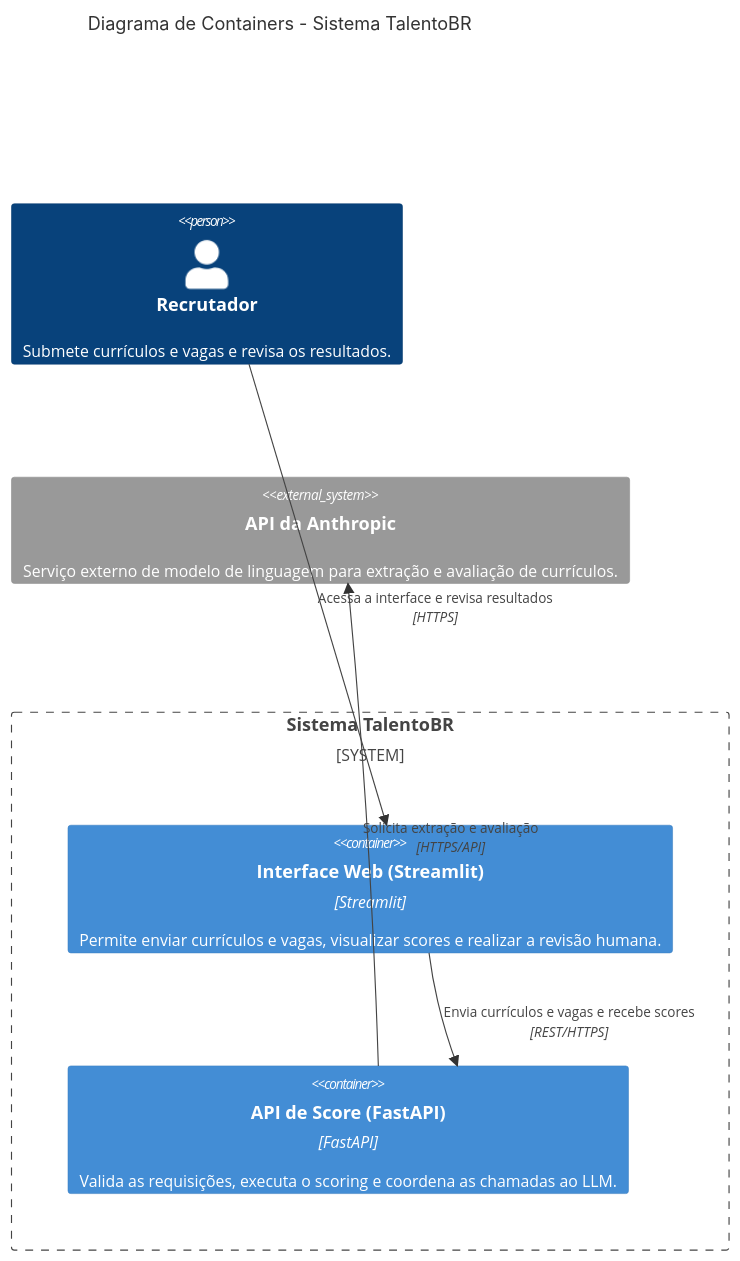
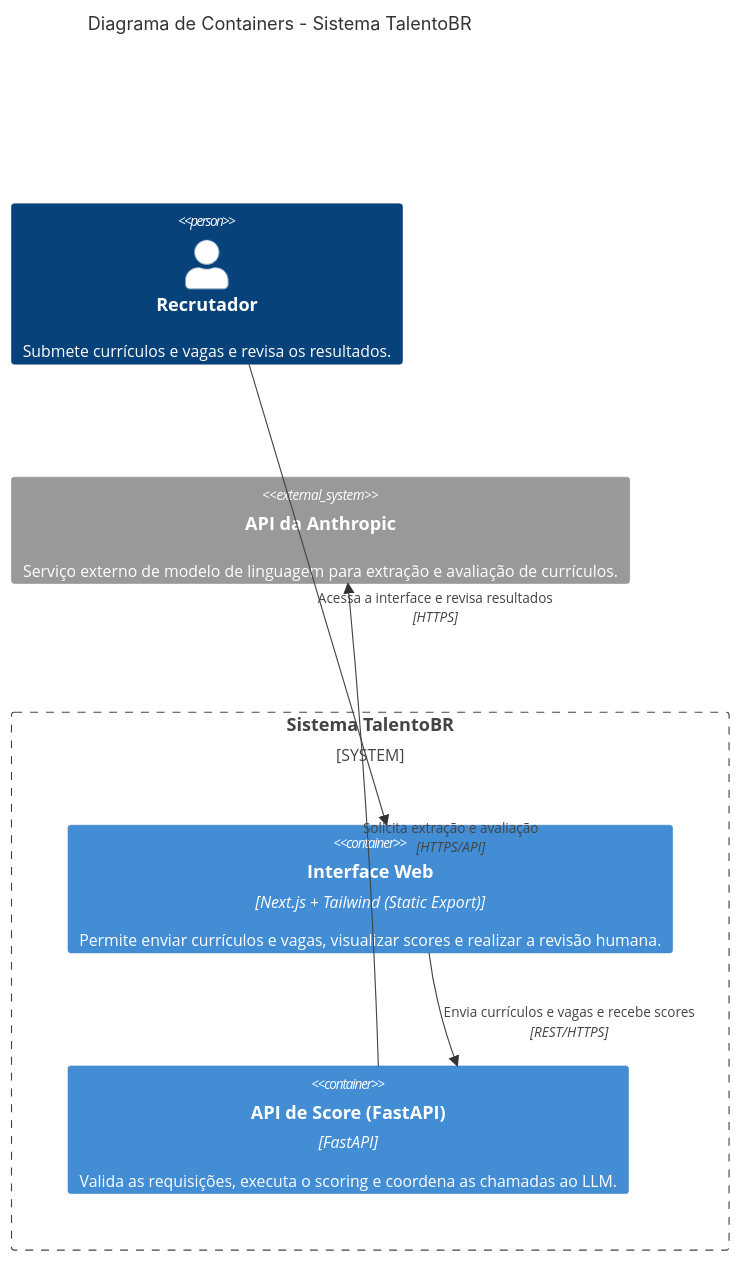
The second of 2 diagrams in docs/arquitetura.md (Barbara-Roberta-Marchinski/ai-factory-talentobr), drawn with Mermaid before and after one commit. The commit also changed other lines of this file and 30 other files, not shown here.

First line of the commit message:
feat: migra interface para Next.js e robustece scoring LLM

````diff
--- a/docs/arquitetura.md
+++ b/docs/arquitetura.md
@@ -30,15 +31,15 @@
 ```mermaid
 C4Container
     title Diagrama de Containers - Sistema TalentoBR
 
     Person(recruiter, "Recrutador", "Submete currículos e vagas e revisa os resultados.")
     System_Boundary(talentobr, "Sistema TalentoBR") {
-        Container(web, "Interface Web (Streamlit)", "Streamlit", "Permite enviar currículos e vagas, visualizar scores e realizar a revisão humana.")
+        Container(web, "Interface Web", "Next.js + Tailwind (Static Export)", "Permite enviar currículos e vagas, visualizar scores e realizar a revisão humana.")
         Container(api, "API de Score (FastAPI)", "FastAPI", "Valida as requisições, executa o scoring e coordena as chamadas ao LLM.")
     }
     System_Ext(anthropic, "API da Anthropic", "Serviço externo de modelo de linguagem para extração e avaliação de currículos.")
 
     Rel(recruiter, web, "Acessa a interface e revisa resultados", "HTTPS")
     Rel(web, api, "Envia currículos e vagas e recebe scores", "REST/HTTPS")
     Rel(api, anthropic, "Solicita extração e avaliação", "HTTPS/API")
 ```
````
